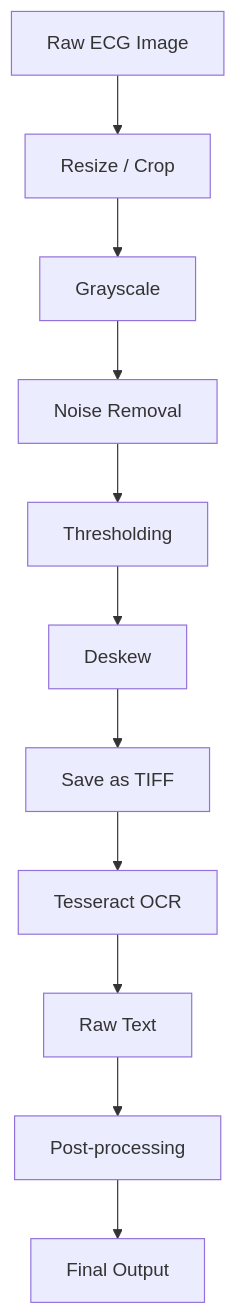
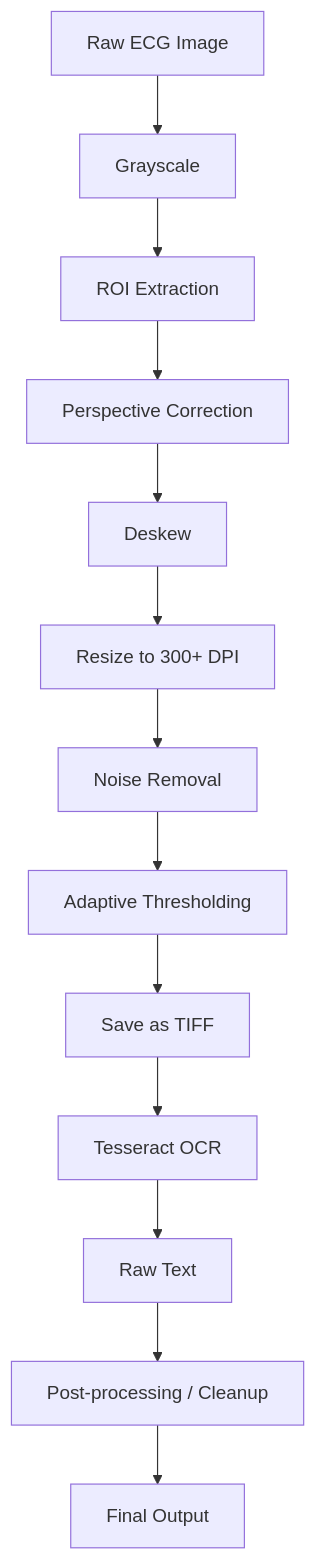
The diagram in docs/pipeline.md (purplegeminii/ECG_OCR), drawn with Mermaid before and after one commit. The commit also changed 8 other files, not shown here.

````diff
--- a/docs/pipeline.md
+++ b/docs/pipeline.md
@@ -4,16 +4,19 @@
 ```mermaid
 flowchart TD
 
-    A[Raw ECG Image] --> B[Resize / Crop]
-    B --> C[Grayscale]
-    C --> D[Noise Removal]
-    D --> E[Thresholding]
-    E --> F[Deskew]
+    A[Raw ECG Image] --> B[Grayscale]
+    B --> C[ROI Extraction]
+    C --> D[Perspective Correction]
+    D --> E[Deskew]
+    E --> F[Resize to 300+ DPI]
+    
+    F --> G[Noise Removal]
+    G --> H[Adaptive Thresholding]
 
-    F --> G[Save as TIFF]
-    G --> H[Tesseract OCR]
+    H --> I[Save as TIFF]
+    I --> J[Tesseract OCR]
 
-    H --> I[Raw Text]
-    I --> J[Post-processing]
-    J --> K[Final Output]
+    J --> K[Raw Text]
+    K --> L[Post-processing / Cleanup]
+    L --> M[Final Output]
 ```
````
